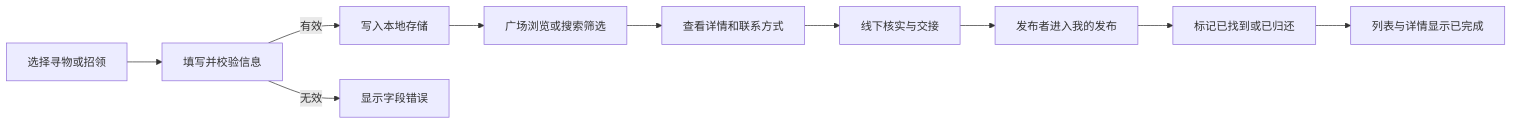
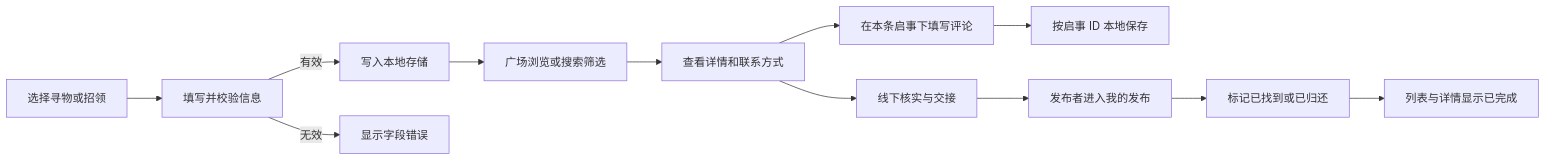
The diagram in BLOG_DRAFT.md (monkery-king-nice/052402234-032401339), drawn with Mermaid before and after one commit. The commit also changed other lines of this file and 13 other files, not shown here.

````diff
--- a/BLOG_DRAFT.md
+++ b/BLOG_DRAFT.md
@@ -43,12 +45,14 @@
 ```mermaid
 flowchart LR
     A[选择寻物或招领] --> B[填写并校验信息]
     B -->|有效| C[写入本地存储]
     B -->|无效| B1[显示字段错误]
     C --> D[广场浏览或搜索筛选]
     D --> E[查看详情和联系方式]
+    E --> E1[在本条启事下填写评论]
+    E1 --> E2[按启事 ID 本地保存]
     E --> F[线下核实与交接]
     F --> G[发布者进入我的发布]
     G --> H[标记已找到或已归还]
     H --> I[列表与详情显示已完成]
 ```
````
